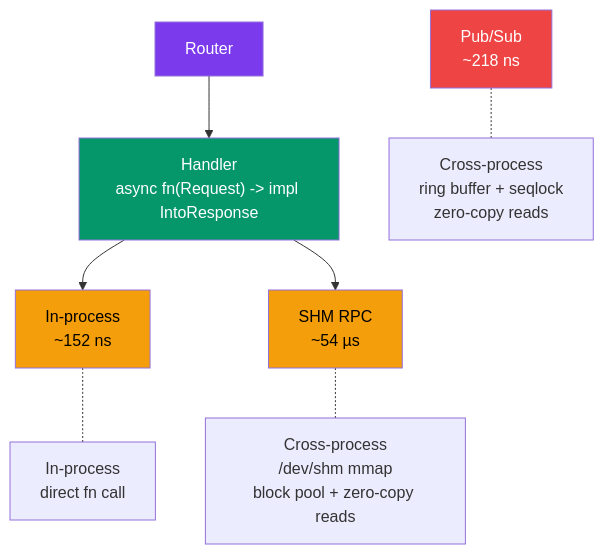
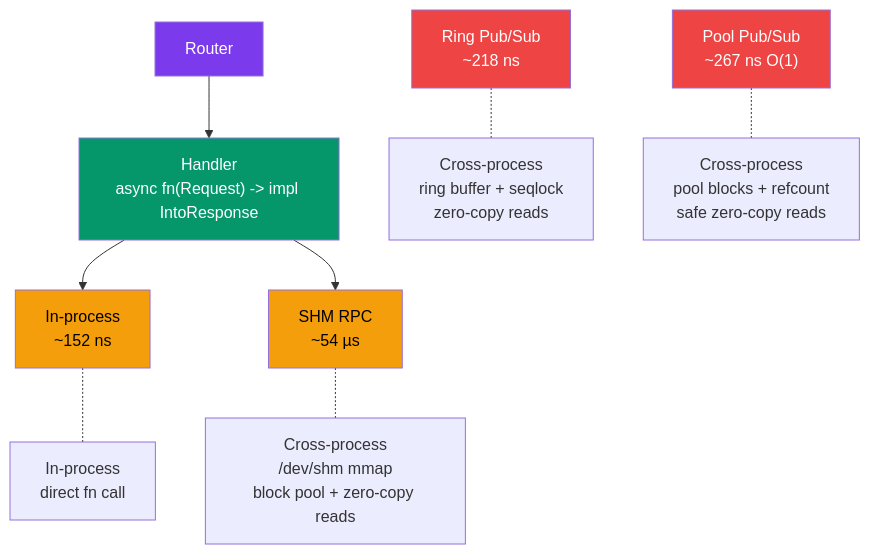
The diagram in README.md (userFRM/crossbar), drawn with Mermaid before and after one commit. The commit also changed other lines of this file and 3 other files, not shown here.

First line of the commit message:
Crush iceoryx2: 67ns pool pub/sub via smart wake + hot path optimization

````diff
--- a/README.md
+++ b/README.md
@@ -194,18 +221,21 @@
 ```mermaid
 graph TD
     R["Router"] --> H["Handler<br>async fn(Request) -> impl IntoResponse"]
 
     H --> M["In-process<br>~152 ns"]
     H --> SHM["SHM RPC<br>~54 µs"]
 
     M -.- MP["In-process<br>direct fn call"]
     SHM -.- SP["Cross-process<br>/dev/shm mmap<br>block pool + zero-copy reads"]
 
-    PS["Pub/Sub<br>~218 ns"] -.- PSP["Cross-process<br>ring buffer + seqlock<br>zero-copy reads"]
+    PS["Ring Pub/Sub<br>~218 ns"] -.- PSP["Cross-process<br>ring buffer + seqlock<br>zero-copy reads"]
+    PP["Pool Pub/Sub<br>~267 ns O(1)"] -.- PPP["Cross-process<br>pool blocks + refcount<br>safe zero-copy reads"]
+
+    style PP fill:#ef4444,color:#fff
 
     style R fill:#7c3aed,color:#fff
     style H fill:#059669,color:#fff
     style M fill:#f59e0b,color:#000
     style SHM fill:#f59e0b,color:#000
     style PS fill:#ef4444,color:#fff
 ```
````
